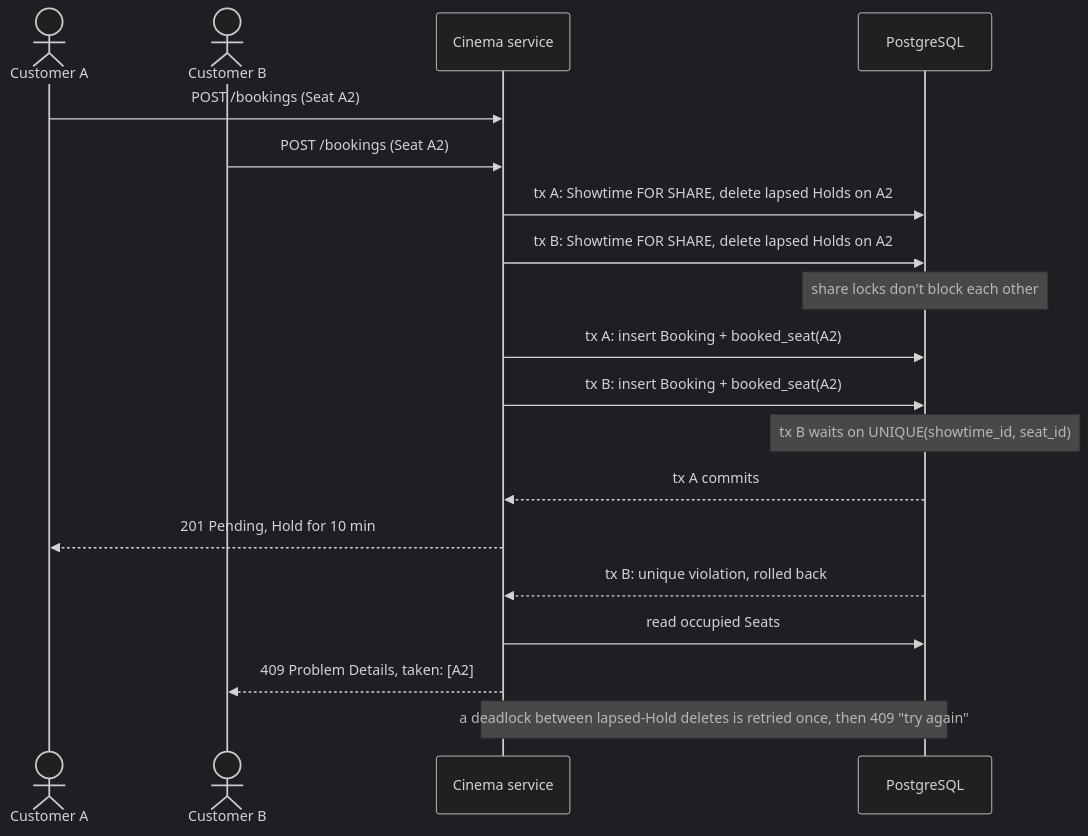
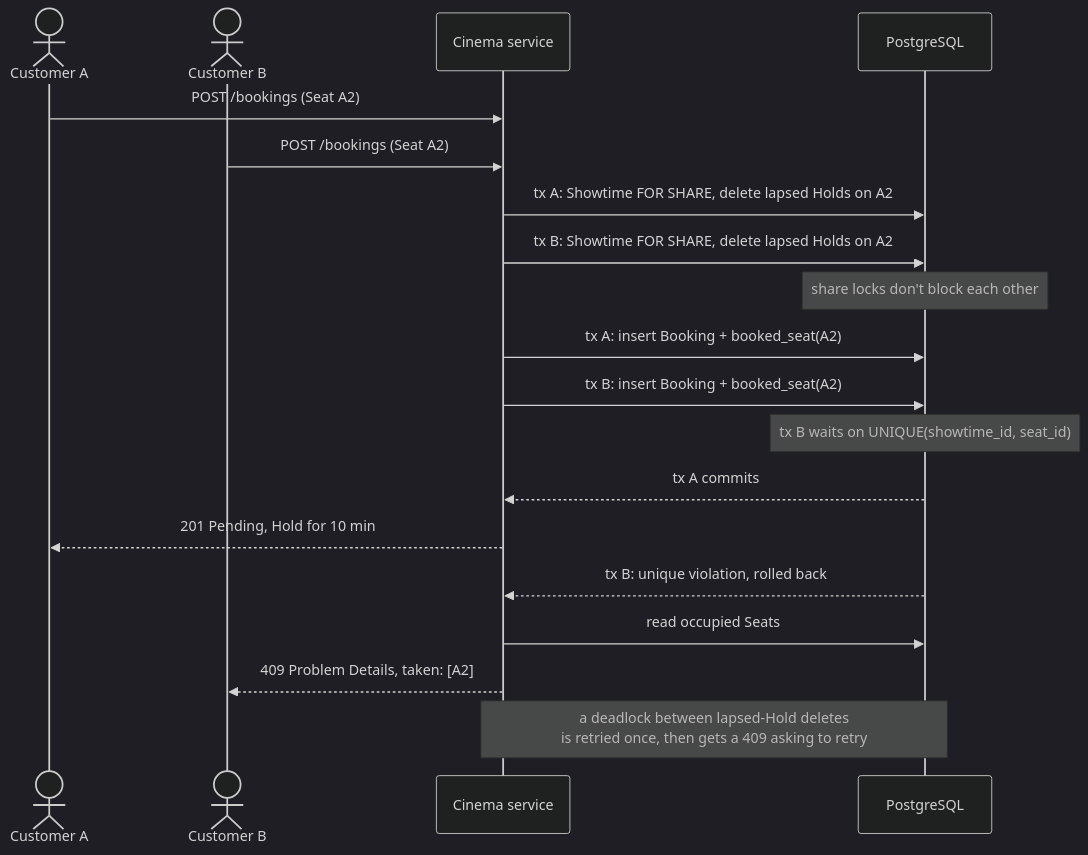
One commit to 14m6d4/se-phase-01 changed the fourth of 4 diagrams in README.md. Above: the diagram before and after it, drawn with Mermaid (dark theme).

Commit message:
docs(readme): wrap the deadlock note in the contention diagram (#63)

````diff
--- a/README.md
+++ b/README.md
@@ -160,21 +160,21 @@
 ```mermaid
 sequenceDiagram
     actor A as Customer A
     actor B as Customer B
     participant S as Cinema service
     participant DB as PostgreSQL
     A->>S: POST /bookings (Seat A2)
     B->>S: POST /bookings (Seat A2)
     S->>DB: tx A: Showtime FOR SHARE, delete lapsed Holds on A2
     S->>DB: tx B: Showtime FOR SHARE, delete lapsed Holds on A2
     Note over DB: share locks don't block each other
     S->>DB: tx A: insert Booking + booked_seat(A2)
     S->>DB: tx B: insert Booking + booked_seat(A2)
     Note over DB: tx B waits on UNIQUE(showtime_id, seat_id)
     DB-->>S: tx A commits
     S-->>A: 201 Pending, Hold for 10 min
     DB-->>S: tx B: unique violation, rolled back
     S->>DB: read occupied Seats
     S-->>B: 409 Problem Details, taken: [A2]
-    Note over S,DB: a deadlock between lapsed-Hold deletes is retried once, then 409 "try again"
+    Note over S,DB: a deadlock between lapsed-Hold deletes<br/>is retried once, then gets a 409 asking to retry
 ```
````
